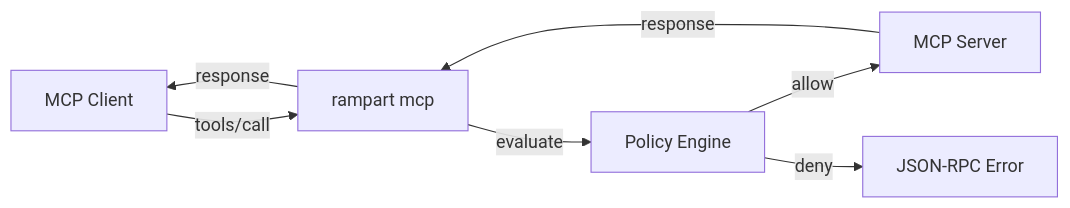
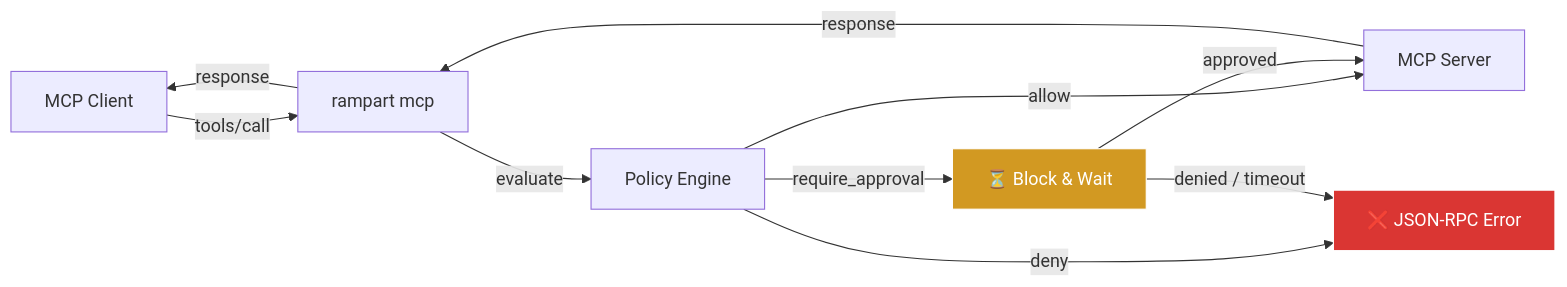
Before and after one commit to peg/rampart: the diagram in docs-site/features/mcp-proxy.md, drawn with Mermaid. The commit also changed 23 other files, not shown here.

First line of the commit message:
docs + feat: v0.2.1 — hook ask, diagrams, full doc audit

````diff
--- a/docs-site/features/mcp-proxy.md
+++ b/docs-site/features/mcp-proxy.md
@@ -32,9 +32,15 @@
 ```mermaid
 graph LR
-    C[MCP Client] -->|tools/call| R[rampart mcp]
+    C[MCP Client] -->|"tools/call"| R[rampart mcp]
     R -->|evaluate| P[Policy Engine]
     P -->|allow| S[MCP Server]
-    P -->|deny| E[JSON-RPC Error]
+    P -->|deny| E[❌ JSON-RPC Error]
+    P -->|require_approval| W[⏳ Block & Wait]
+    W -->|approved| S
+    W -->|denied / timeout| E
     S -->|response| R
     R -->|response| C
+
+    style W fill:#d29922,stroke:#fff,color:#fff
+    style E fill:#da3633,stroke:#fff,color:#fff
 ```
````
